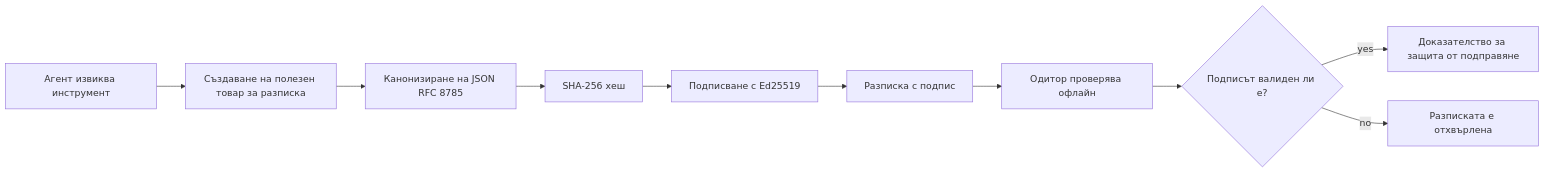
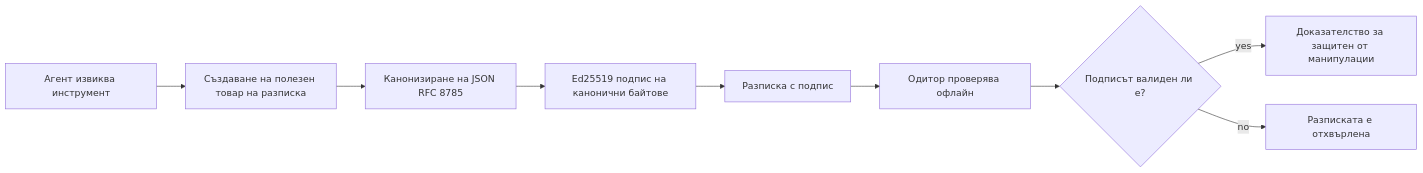
Before and after one commit to microsoft/ai-agents-for-beginners: the first of 2 diagrams in translations/bg/18-securing-ai-agents/README.md, drawn with Mermaid. The commit also changed other lines of this file and 46 other files, not shown here.

````diff
--- a/translations/bg/18-securing-ai-agents/README.md
+++ b/translations/bg/18-securing-ai-agents/README.md
@@ -51,12 +51,11 @@
 ```mermaid
 flowchart LR
-    A[Агент извиква инструмент] --> B[Създаване на полезен товар за разписка]
+    A[Агент извиква инструмент] --> B[Създаване на полезен товар на разписка]
     B --> C[Канонизиране на JSON RFC 8785]
-    C --> D[SHA-256 хеш]
-    D --> E[Подписване с Ed25519]
+    C --> E[Ed25519 подпис на канонични байтове]
     E --> F[Разписка с подпис]
     F --> G[Одитор проверява офлайн]
     G --> H{Подписът валиден ли е?}
-    H -- yes --> I[Доказателство за защита от подправяне]
+    H -- yes --> I[Доказателство за защитен от манипулации]
     H -- no --> J[Разписката е отхвърлена]
 ```
````
